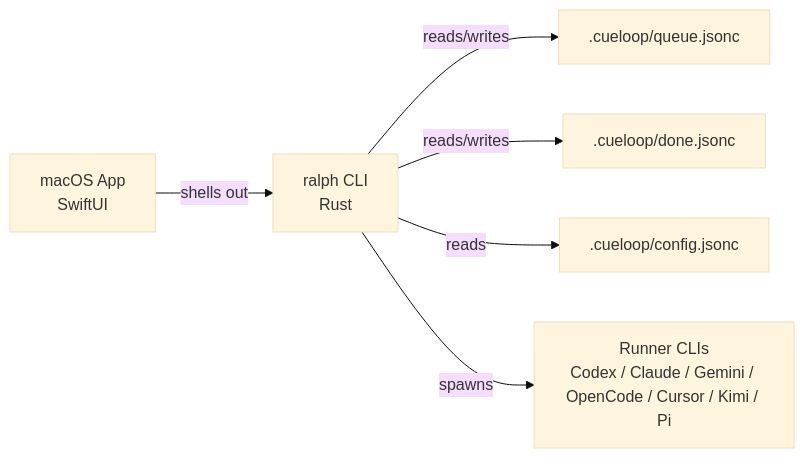
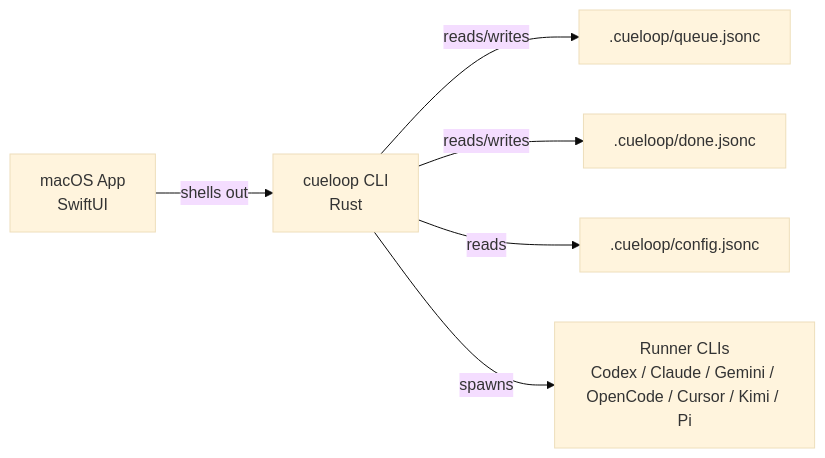
Before and after one commit to fitchmultz/cueloop: the diagram in README.md, drawn with Mermaid (base theme). The commit also changed other lines of this file and 78 other files, not shown here.

````diff
--- a/README.md
+++ b/README.md
@@ -56,8 +56,8 @@
 ```mermaid
 flowchart LR
-  APP["macOS App<br>SwiftUI"] -->|shells out| CLI["ralph CLI<br>Rust"]
+  APP["macOS App<br>SwiftUI"] -->|shells out| CLI["cueloop CLI<br>Rust"]
   CLI -->|reads/writes| QUEUE[.cueloop/queue.jsonc]
   CLI -->|reads/writes| DONE[.cueloop/done.jsonc]
   CLI -->|reads| CONFIG[.cueloop/config.jsonc]
   CLI -->|spawns| RUNNERS["Runner CLIs<br>Codex / Claude / Gemini / OpenCode / Cursor / Kimi / Pi"]
 ```
````
